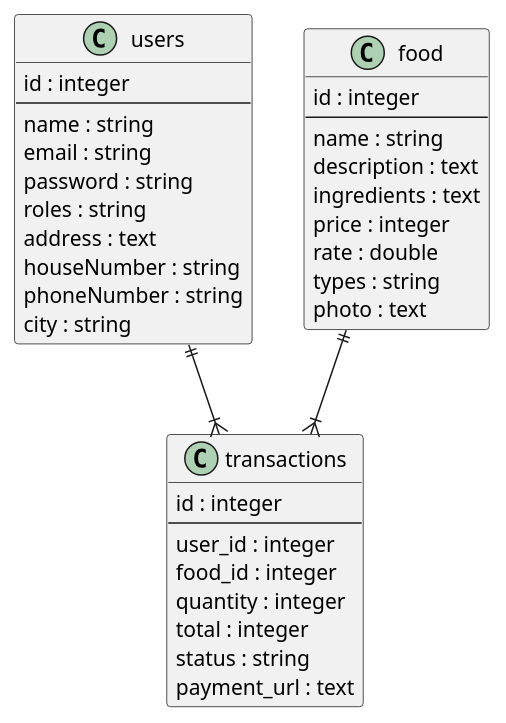
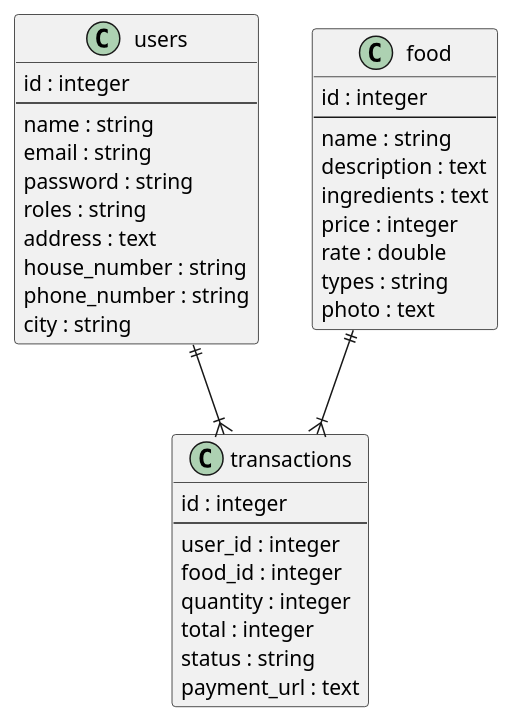
One commit to abuabdirohman4/laravel-8-foodmartket-api changed the diagram in database/schema/erd.puml. Above: the diagram before and after it, drawn with PlantUML. The commit also changed 1 other file, not shown here.

```diff
--- a/database/schema/erd.puml
+++ b/database/schema/erd.puml
@@ -1,38 +1,38 @@
 class users {
     id : integer
     --
     name : string
     email : string
     password : string
     roles : string
     address : text
-    houseNumber : string
-    phoneNumber : string
+    house_number : string
+    phone_number : string
     city : string
 }
 
 class food {
     id : integer
     --
     name : string
     description : text
     ingredients : text
     price : integer
     rate : double
     types : string
     photo : text
 }
 
 class transactions {
     id : integer
     --
     user_id : integer
     food_id : integer
     quantity : integer
     total : integer
     status : string
     payment_url : text
 }
 
 users ||--|{ transactions
 food ||--|{ transactions
```
